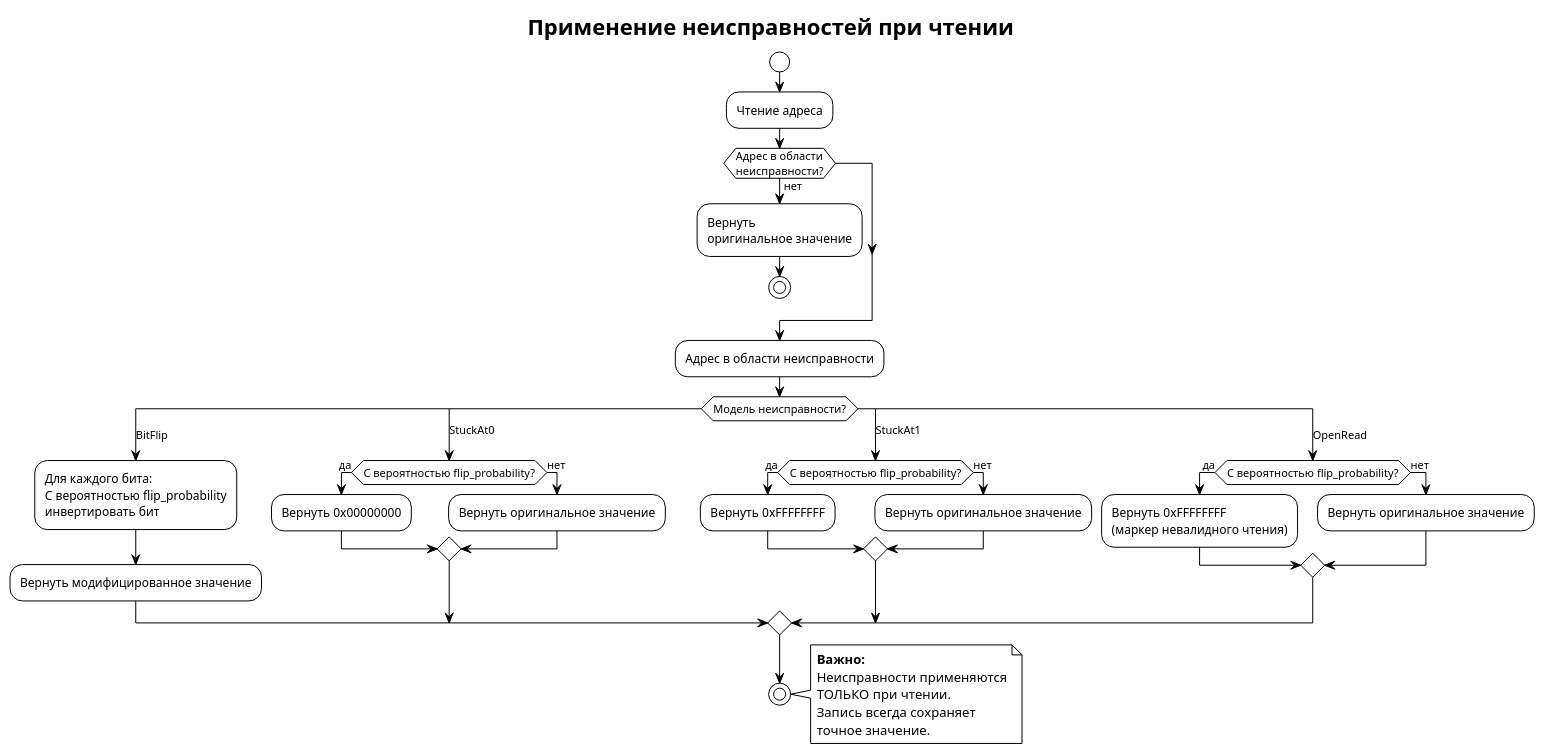
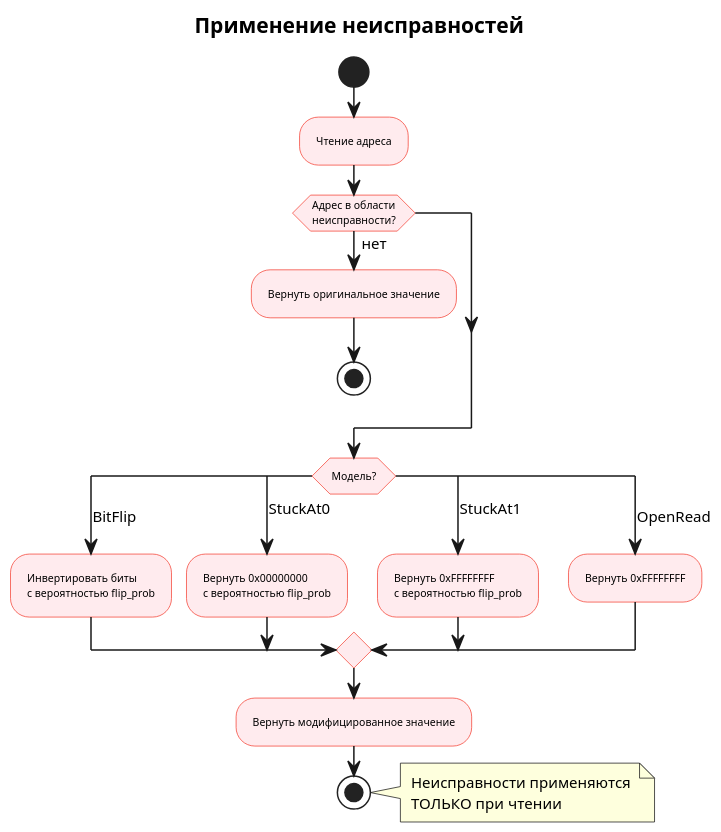
The diagram in docs/fault_application.puml (Jalet-fry/RAM_clone), drawn with PlantUML before and after one commit. The commit also changed other lines of this file and 35 other files, not shown here.

Commit message:
docs and diagrams

```diff
--- a/docs/fault_application.puml
+++ b/docs/fault_application.puml
@@ -1,51 +1,45 @@
 @startuml fault_application
-!theme plain
+scale 1.5
+skinparam {
+    shadowing false
+    linetype ortho
+    defaultFontSize 10
+    padding 1
+}
 
-title Применение неисправностей при чтении
+skinparam activity {
+    BackgroundColor #FFEBEE
+    BorderColor #F44336
+    FontSize 7
+}
+
+title Применение неисправностей
 
 start
-
 :Чтение адреса;
 
 if (Адрес в области\nнеисправности?) then (нет)
-    :Вернуть\nоригинальное значение;
+    :Вернуть оригинальное значение;
     stop
 endif
 
-:Адрес в области неисправности;
-
-switch (Модель неисправности?)
+switch (Модель?)
 case (BitFlip)
-    :Для каждого бита:\nС вероятностью flip_probability\nинвертировать бит;
-    :Вернуть модифицированное значение;
+    :Инвертировать биты\nс вероятностью flip_prob;
 case (StuckAt0)
-    if (С вероятностью flip_probability?) then (да)
-        :Вернуть 0x00000000;
-    else (нет)
-        :Вернуть оригинальное значение;
-    endif
+    :Вернуть 0x00000000\nс вероятностью flip_prob;
 case (StuckAt1)
-    if (С вероятностью flip_probability?) then (да)
-        :Вернуть 0xFFFFFFFF;
-    else (нет)
-        :Вернуть оригинальное значение;
-    endif
+    :Вернуть 0xFFFFFFFF\nс вероятностью flip_prob;
 case (OpenRead)
-    if (С вероятностью flip_probability?) then (да)
-        :Вернуть 0xFFFFFFFF\n(маркер невалидного чтения);
-    else (нет)
-        :Вернуть оригинальное значение;
-    endif
+    :Вернуть 0xFFFFFFFF;
 endswitch
 
+:Вернуть модифицированное значение;
 stop
 
 note right
-  **Важно:**
   Неисправности применяются
-  ТОЛЬКО при чтении.
-  Запись всегда сохраняет
-  точное значение.
+  ТОЛЬКО при чтении
 end note
 
 @enduml
```
